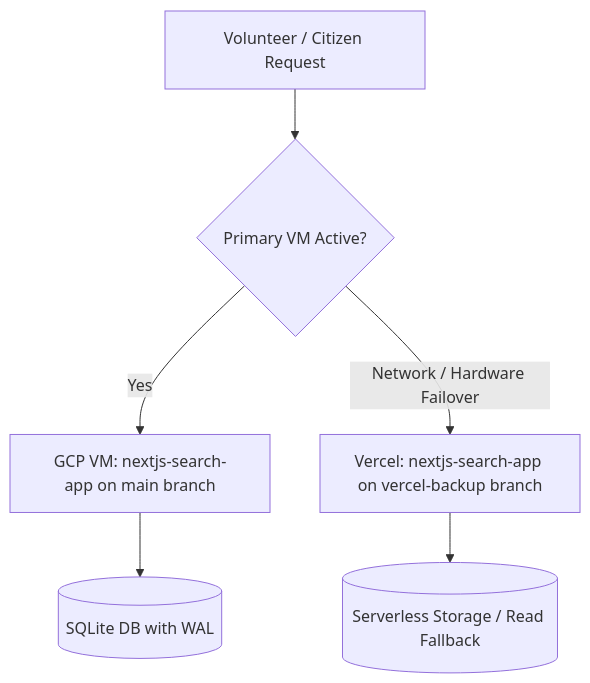
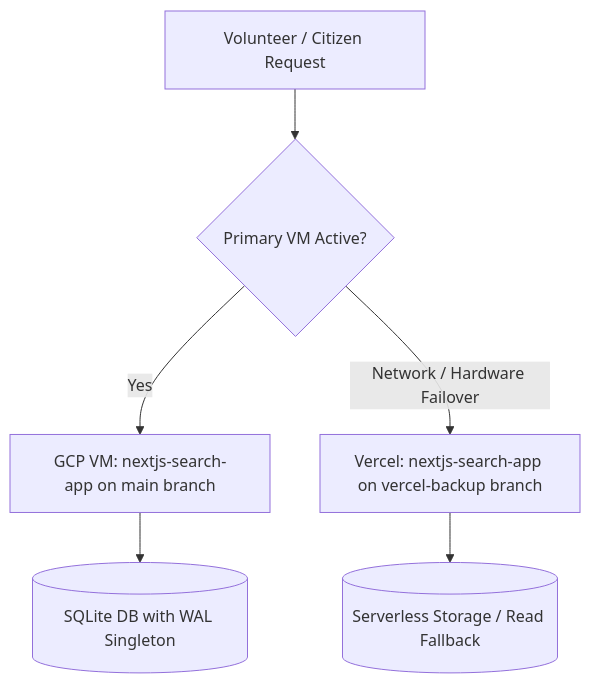
One commit to Shubhamagarwal2073/voter-search-app changed the diagram in README.md. Above: the diagram before and after it, drawn with Mermaid. The commit also changed other lines of this file, not shown here.

Commit message:
docs: update interview prep handbook and readme with quick command matrix, architectural deep-dives, and production runbooks

````diff
--- a/README.md
+++ b/README.md
@@ -32,9 +32,9 @@
 ```mermaid
 graph TD
     A[Volunteer / Citizen Request] --> B{Primary VM Active?}
     B -->|Yes| C[GCP VM: nextjs-search-app on main branch]
     B -->|Network / Hardware Failover| D[Vercel: nextjs-search-app on vercel-backup branch]
     
-    C --> E[(SQLite DB with WAL)]
+    C --> E[(SQLite DB with WAL Singleton)]
     D --> F[(Serverless Storage / Read Fallback)]
 ```
````
